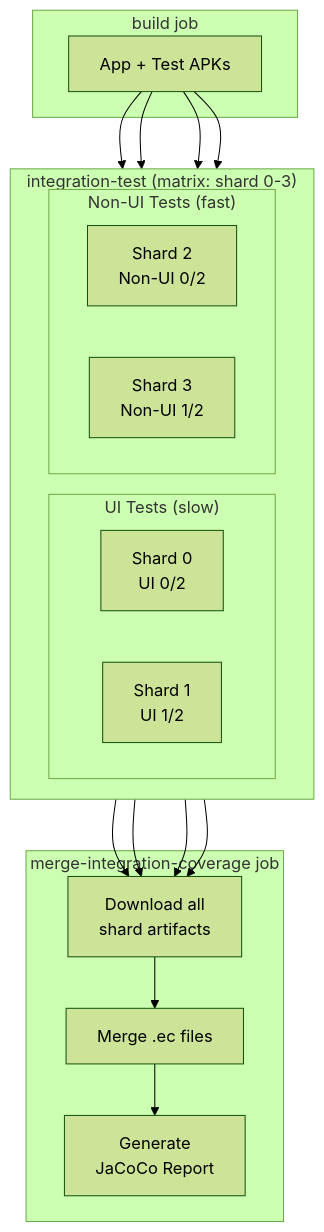
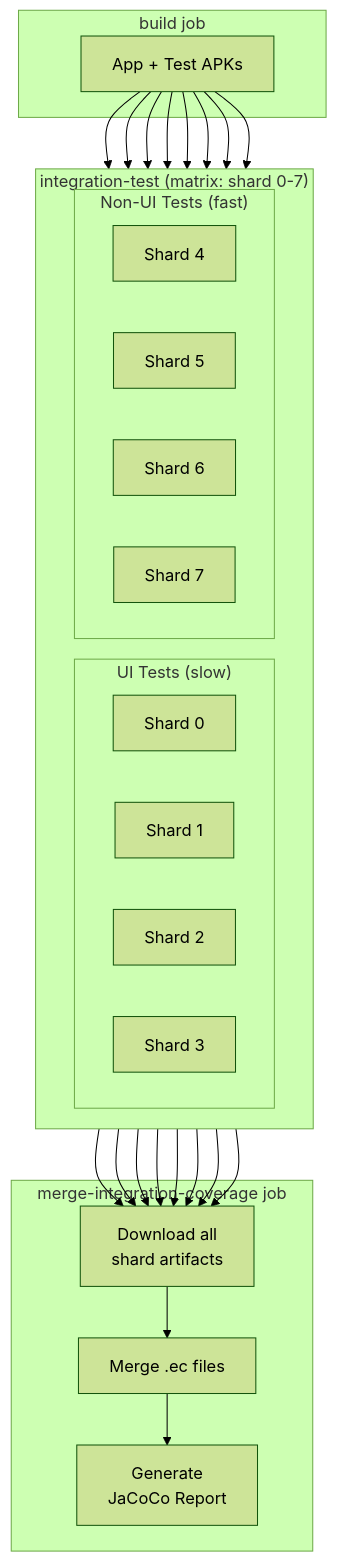
One commit to williscool/CalendarNotification changed the diagram in docs/test_sharding.md. Above: the diagram before and after it, drawn with Mermaid (forest theme). The commit also changed other lines of this file and 2 other files, not shown here.

Commit message:
ci: 8 shards

````diff
--- a/docs/test_sharding.md
+++ b/docs/test_sharding.md
@@ -24,28 +28,32 @@
 ```mermaid
 flowchart TB
     subgraph BuildJob["build job"]
         APK["App + Test APKs"]
     end
     
-    subgraph ParallelShards["integration-test (matrix: shard 0-3)"]
+    subgraph ParallelShards["integration-test (matrix: shard 0-7)"]
         direction LR
         subgraph UIShards["UI Tests (slow)"]
-            S0["Shard 0<br/>UI 0/2"]
-            S1["Shard 1<br/>UI 1/2"]
+            S0["Shard 0"]
+            S1["Shard 1"]
+            S2["Shard 2"]
+            S3["Shard 3"]
         end
         subgraph NonUIShards["Non-UI Tests (fast)"]
-            S2["Shard 2<br/>Non-UI 0/2"]
-            S3["Shard 3<br/>Non-UI 1/2"]
+            S4["Shard 4"]
+            S5["Shard 5"]
+            S6["Shard 6"]
+            S7["Shard 7"]
         end
     end
     
     subgraph MergeJob["merge-integration-coverage job"]
         Download["Download all<br/>shard artifacts"]
         Merge["Merge .ec files"]
         JaCoCo["Generate<br/>JaCoCo Report"]
         Download --> Merge --> JaCoCo
     end
     
-    APK --> S0 & S1 & S2 & S3
-    S0 & S1 & S2 & S3 --> Download
+    APK --> S0 & S1 & S2 & S3 & S4 & S5 & S6 & S7
+    S0 & S1 & S2 & S3 & S4 & S5 & S6 & S7 --> Download
 ```
````
